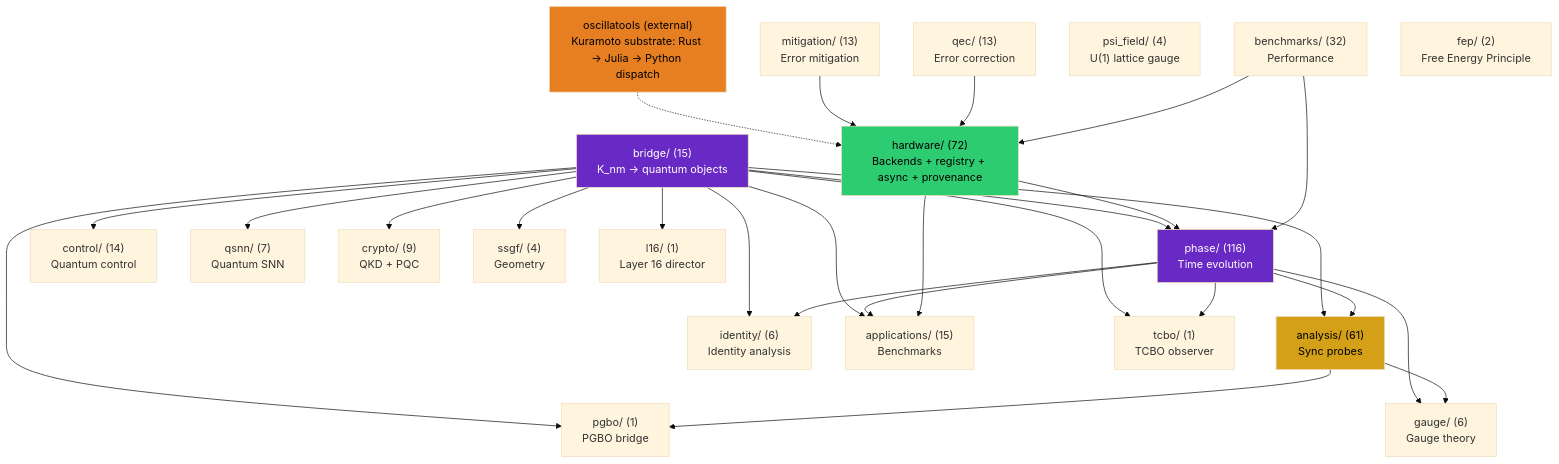
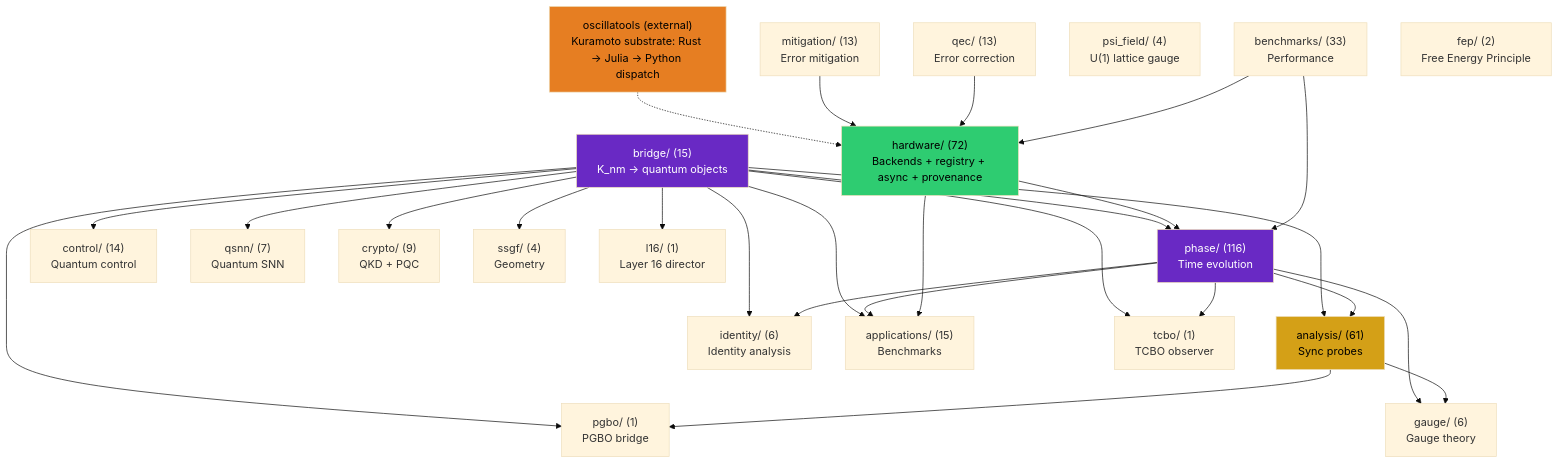
One commit to anulum/scpn-quantum-control changed the first of 4 diagrams in docs/architecture.md. Above: the diagram before and after it, drawn with Mermaid (base theme). The commit also changed other lines of this file and 16 other files, not shown here.

````diff
--- a/docs/architecture.md
+++ b/docs/architecture.md
@@ -362,55 +362,55 @@
 ```mermaid
 graph TD
     bridge["bridge/ (15)\nK_nm → quantum objects"]
     phase["phase/ (116)\nTime evolution"]
     analysis["analysis/ (61)\nSync probes"]
     control["control/ (14)\nQuantum control"]
     qsnn["qsnn/ (7)\nQuantum SNN"]
     identity["identity/ (6)\nIdentity analysis"]
     hardware["hardware/ (72)\nBackends + registry + async + provenance"]
     mitigation["mitigation/ (13)\nError mitigation"]
     qec["qec/ (13)\nError correction"]
     gauge["gauge/ (6)\nGauge theory"]
     apps["applications/ (15)\nBenchmarks"]
     crypto["crypto/ (9)\nQKD + PQC"]
-    benchmarks["benchmarks/ (32)\nPerformance"]
+    benchmarks["benchmarks/ (33)\nPerformance"]
     ssgf["ssgf/ (4)\nGeometry"]
     psi_field["psi_field/ (4)\nU(1) lattice gauge"]
     oscillatools["oscillatools (external)\nKuramoto substrate: Rust → Julia → Python dispatch"]
     fep["fep/ (2)\nFree Energy Principle"]
     tcbo["tcbo/ (1)\nTCBO observer"]
     pgbo["pgbo/ (1)\nPGBO bridge"]
     l16["l16/ (1)\nLayer 16 director"]
 
     bridge --> phase
     bridge --> analysis
     bridge --> control
     bridge --> qsnn
     bridge --> identity
     bridge --> apps
     bridge --> crypto
     bridge --> ssgf
     phase --> analysis
     phase --> identity
     phase --> apps
     phase --> gauge
     analysis --> gauge
     hardware --> phase
     hardware --> apps
     oscillatools -.-> hardware
     mitigation --> hardware
     qec --> hardware
     benchmarks --> phase
     benchmarks --> hardware
     bridge --> tcbo
     bridge --> pgbo
     bridge --> l16
     phase --> tcbo
     analysis --> pgbo
 
     style bridge fill:#6929C4,color:#fff
     style analysis fill:#d4a017,color:#000
     style phase fill:#6929C4,color:#fff
     style hardware fill:#2ecc71,color:#000
     style oscillatools fill:#e67e22,color:#000
 ```
````
